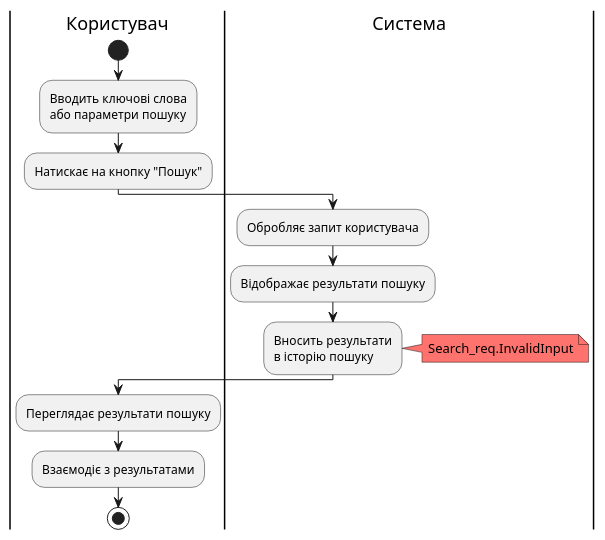
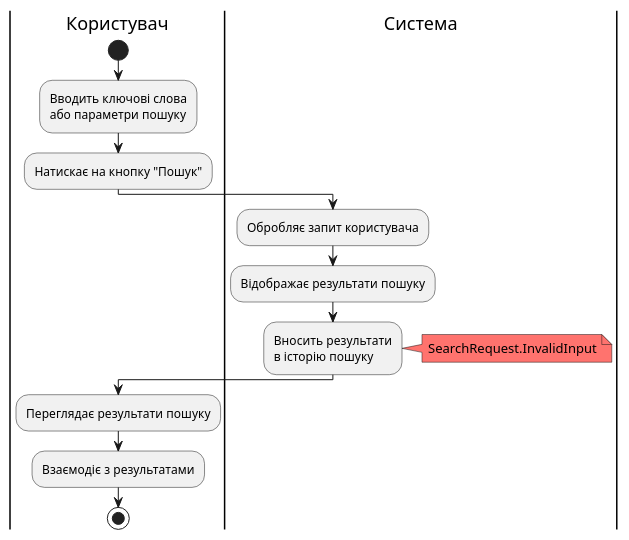
The tenth of 18 diagrams in docs/use cases/README.md (nonGratis/retarder-io-23-3-26), drawn with PlantUML before and after one commit. The commit also changed other lines of this file and 4 other files, not shown here.

```diff
--- a/docs/use cases/README.md
+++ b/docs/use cases/README.md
@@ -307,17 +312,17 @@
 @startuml
 |Користувач|
     start
     :Вводить ключові слова\nабо параметри пошуку;
     :Натискає на кнопку "Пошук";
 |Система|
     :Обробляє запит користувача;
     :Відображає результати пошуку;
     :Вносить результати\nв історію пошуку;
         note right #FF736E
-            Search_req.InvalidInput
+            SearchRequest.InvalidInput
         end note
 |Користувач|
     :Переглядає результати пошуку;
     :Взаємодіє з результатами;
     stop;
 @enduml
```
